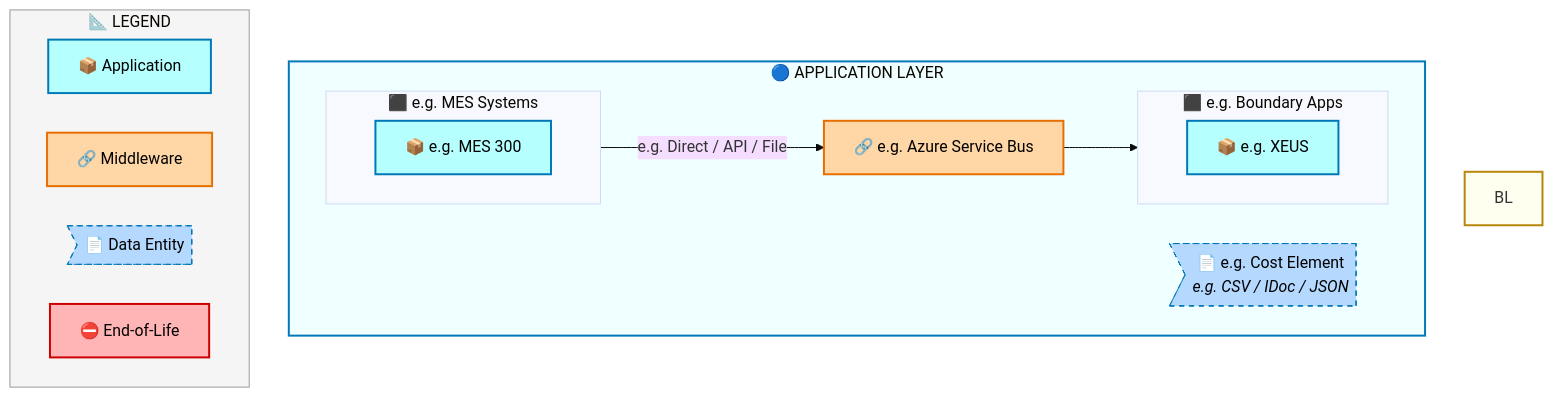
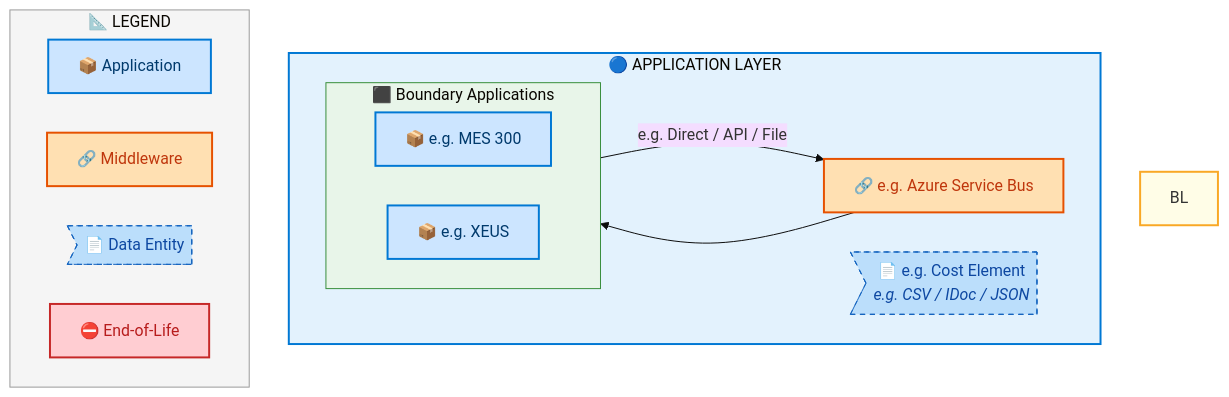
One commit to sajivfrancis777/IAO-Architecture changed the fifth of 7 diagrams in towers/E2E/Procure to Pay/E2E-59/output/docs/systems-architecture/E2E-59-Architecture.md. Above: the diagram before and after it, drawn with Mermaid. The commit also changed other lines of this file and 394 other files, not shown here.

First line of the commit message:
feat: structured layer ordering for Mermaid architecture diagrams

````diff
--- a/towers/E2E/Procure to Pay/E2E-59/output/docs/systems-architecture/E2E-59-Architecture.md
+++ b/towers/E2E/Procure to Pay/E2E-59/output/docs/systems-architecture/E2E-59-Architecture.md
@@ -451,39 +461,42 @@
 ```mermaid
 %%{init: {"theme": "base", "securityLevel": "loose", "themeVariables": {"fontSize": "16px", "fontFamily": "Segoe UI, Arial, sans-serif"}, "flowchart": {"useMaxWidth": false, "htmlLabels": true, "nodeSpacing": 40, "rankSpacing": 50}} }%%
 flowchart TB
-    %% -- ArchiMate-inspired style classes --
-    classDef business      fill:#FFFFB5,stroke:#B8860B,stroke-width:2px,color:#000
-    classDef app           fill:#B5FFFF,stroke:#0077B6,stroke-width:2px,color:#000
-    classDef data          fill:#B5D8FF,stroke:#0077B6,stroke-width:1px,color:#000,stroke-dasharray: 5 5
-    classDef middleware    fill:#FFD6A5,stroke:#E76F00,stroke-width:2px,color:#000
-    classDef eol           fill:#FFB5B5,stroke:#CC0000,stroke-width:2px,color:#000
+    %% -- ArchiMate 3.2 + Azure style classes --
+    classDef business      fill:#FFFFB3,stroke:#F9A825,stroke-width:2px,color:#000
+    classDef app           fill:#CCE5FF,stroke:#0078D4,stroke-width:2px,color:#003A6C
+    classDef data          fill:#BBDEFB,stroke:#1565C0,stroke-width:1px,color:#0D47A1,stroke-dasharray: 5 5
+    classDef middleware    fill:#FFE0B2,stroke:#E65100,stroke-width:2px,color:#BF360C
+    classDef eol           fill:#FFCDD2,stroke:#C62828,stroke-width:2px,color:#B71C1C
+    classDef saas          fill:#E1BEE7,stroke:#7B1FA2,stroke-width:2px,color:#4A148C
+    classDef cloud         fill:#BBDEFB,stroke:#1565C0,stroke-width:2px,color:#0D47A1
+    classDef onprem        fill:#C8E6C9,stroke:#2E7D32,stroke-width:2px,color:#1B5E20
 
     subgraph AL["🔵 APPLICATION LAYER"]
         direction LR
-        subgraph E2E59FLN_e_g_Boundary_Apps[" ⬛ e.g. Boundary Apps"]
-            direction LR
-            E2E59F_e_g_XEUS["📦 e.g. XEUS"]:::app
-        end
-        subgraph E2E59FLN_e_g_MES_Systems[" ⬛ e.g. MES Systems"]
+        subgraph E2E59FLN_Boundary_Applications[" ⬛ Boundary Applications"]
             direction LR
             E2E59F_e_g_MES_300["📦 e.g. MES 300"]:::app
+            E2E59F_e_g_XEUS["📦 e.g. XEUS"]:::app
         end
         E2E59FMW_e_g_Azure_Service_Bus["🔗 e.g. Azure Service Bus"]:::middleware
         E2E59FDE_e_g_Cost_Element>"📄 e.g. Cost Element<br/><i>e.g. CSV / IDoc / JSON</i>"]:::data
     end
 
     E2E59F_e_g_MES_300 -->|"e.g. Direct / API / File"| E2E59FMW_e_g_Azure_Service_Bus
     E2E59FMW_e_g_Azure_Service_Bus --> E2E59F_e_g_XEUS
 
-    style BL fill:#FFFFF0,stroke:#B8860B,stroke-width:2px
-    style AL fill:#F0FFFF,stroke:#0077B6,stroke-width:2px
+
+    style BL fill:#FFFDE7,stroke:#F9A825,stroke-width:2px
+    style AL fill:#E3F2FD,stroke:#0078D4,stroke-width:2px
+
+    style E2E59FLN_Boundary_Applications fill:#E8F5E9,stroke:#388E3C,stroke-width:1px
 
     subgraph Legend["📐 LEGEND"]
         direction LR
         L_APP["📦 Application"]:::app
         L_MW["🔗 Middleware"]:::middleware
         L_DE>"📄 Data Entity"]:::data
         L_EOL["⛔ End-of-Life"]:::eol
     end
     style Legend fill:#F5F5F5,stroke:#999,stroke-width:1px
 ```
````
